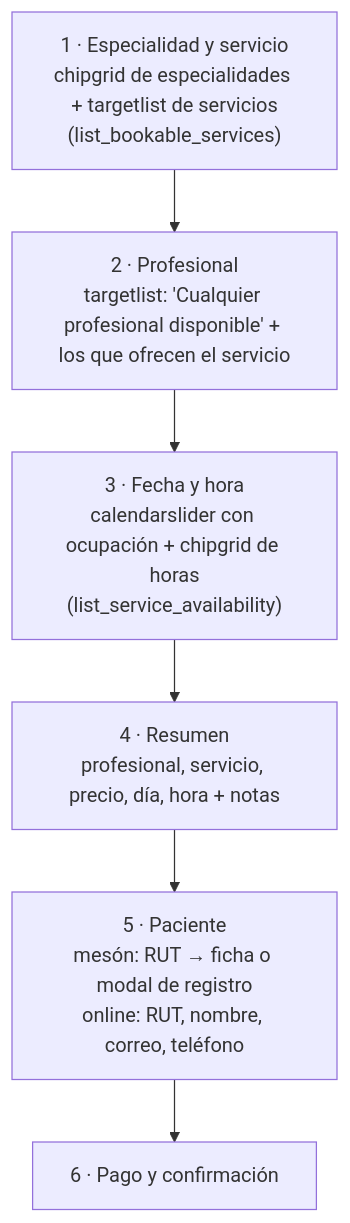
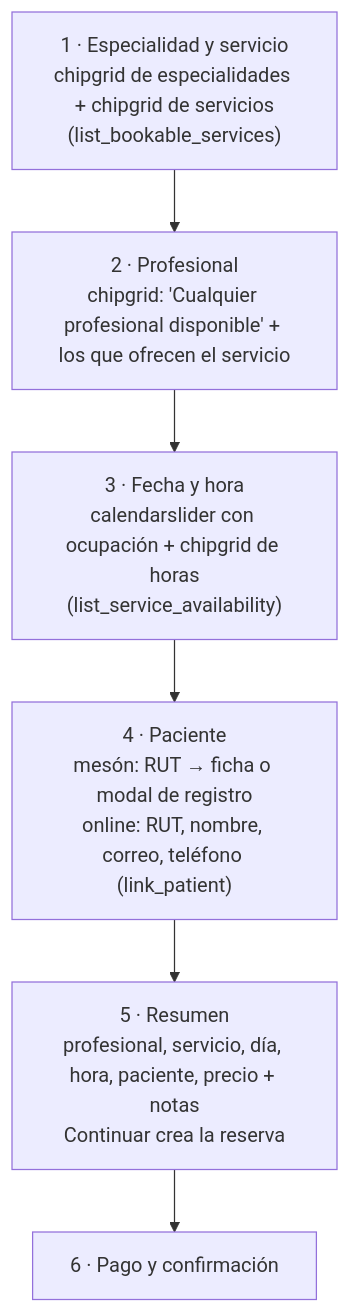
Before and after one commit to veltylabs/appointment_booking: the first of 8 diagrams in docs/diagrams/booking_flow.md, drawn with Mermaid. The commit also changed other lines of this file and 3 other files, not shown here.

Commit message:
docs: orden final de los pasos (resumen antes del pago), chipgrid, B2/B4 con StaffExists/ServiceExists; README con las pantallas; AGENTS.md con su cabecera de notas intacta

````diff
--- a/docs/diagrams/booking_flow.md
+++ b/docs/diagrams/booking_flow.md
@@ -9,9 +9,9 @@
 ```mermaid
 flowchart TD
-    S1["1 · Especialidad y servicio<br>chipgrid de especialidades + targetlist de servicios<br>(list_bookable_services)"] --> S2
-    S2["2 · Profesional<br>targetlist: 'Cualquier profesional disponible' + los que ofrecen el servicio"] --> S3
+    S1["1 · Especialidad y servicio<br>chipgrid de especialidades + chipgrid de servicios<br>(list_bookable_services)"] --> S2
+    S2["2 · Profesional<br>chipgrid: 'Cualquier profesional disponible' + los que ofrecen el servicio"] --> S3
     S3["3 · Fecha y hora<br>calendarslider con ocupación + chipgrid de horas<br>(list_service_availability)"] --> S4
-    S4["4 · Resumen<br>profesional, servicio, precio, día, hora + notas"] --> S5
-    S5["5 · Paciente<br>mesón: RUT → ficha o modal de registro<br>online: RUT, nombre, correo, teléfono"] --> S6
+    S4["4 · Paciente<br>mesón: RUT → ficha o modal de registro<br>online: RUT, nombre, correo, teléfono (link_patient)"] --> S5
+    S5["5 · Resumen<br>profesional, servicio, día, hora, paciente, precio + notas<br>Continuar crea la reserva"] --> S6
     S6["6 · Pago y confirmación"]
 ```
````
